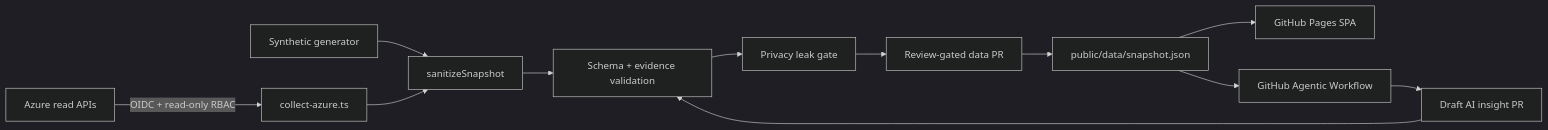
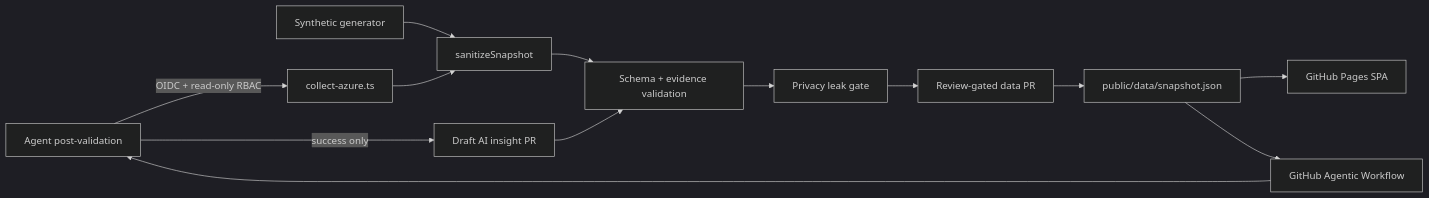
One commit to aktsmm/azure-ops-pulse-demo changed the diagram in README.md. Above: the diagram before and after it, drawn with Mermaid (dark theme). The commit also changed other lines of this file and 25 other files, not shown here.

````diff
--- a/README.md
+++ b/README.md
@@ -26,14 +26,15 @@
 ```mermaid
 flowchart LR
   A[Azure read APIs] -->|OIDC + read-only RBAC| B[collect-azure.ts]
   D[Synthetic generator] --> S[sanitizeSnapshot]
   B --> S
   S --> V[Schema + evidence validation]
   V --> P[Privacy leak gate]
   P --> R[Review-gated data PR]
   R --> J[public/data/snapshot.json]
   J --> W[GitHub Pages SPA]
   J --> G[GitHub Agentic Workflow]
-  G --> Q[Draft AI insight PR]
+  G --> A[Agent post-validation]
+  A -->|success only| Q[Draft AI insight PR]
   Q --> V
 ```
````
